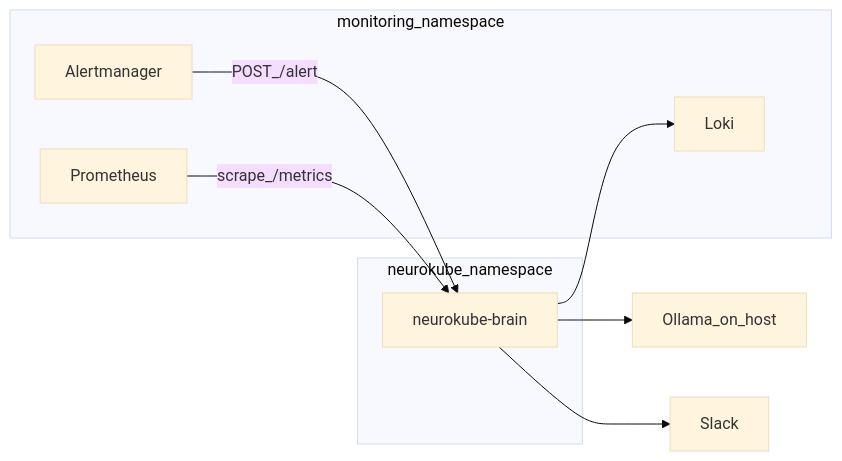
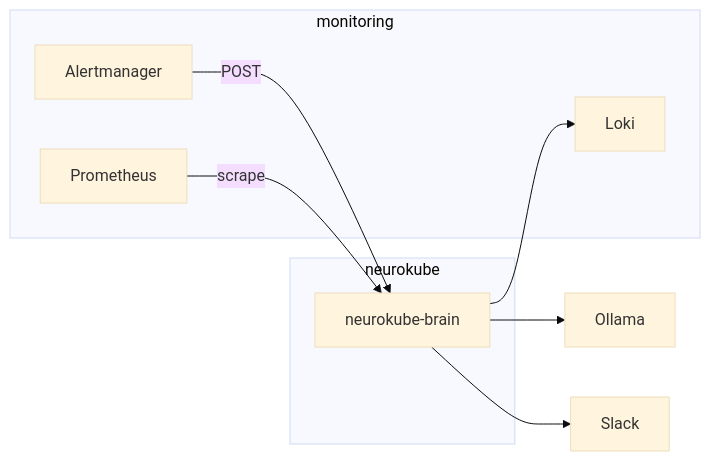
Before and after one commit to momo-s15/NeuroKube: the diagram in README.md, drawn with Mermaid (base theme). The commit also changed other lines of this file and 5 other files, not shown here.

````diff
--- a/README.md
+++ b/README.md
@@ -9,18 +13,18 @@
 ```mermaid
 flowchart LR
-  subgraph monitoring [monitoring_namespace]
+  subgraph monitoring [monitoring]
     AM[Alertmanager]
     Prom[Prometheus]
     Loki[Loki]
   end
-  subgraph neurokube [neurokube_namespace]
+  subgraph neurokube [neurokube]
     Brain[neurokube-brain]
   end
-  Host[Ollama_on_host]
+  Host[Ollama]
   Slack[Slack]
-  AM -->|POST_/alert| Brain
-  Prom -->|scrape_/metrics| Brain
+  AM -->|POST| Brain
+  Prom -->|scrape| Brain
   Brain --> Loki
   Brain --> Host
   Brain --> Slack
 ```
````
